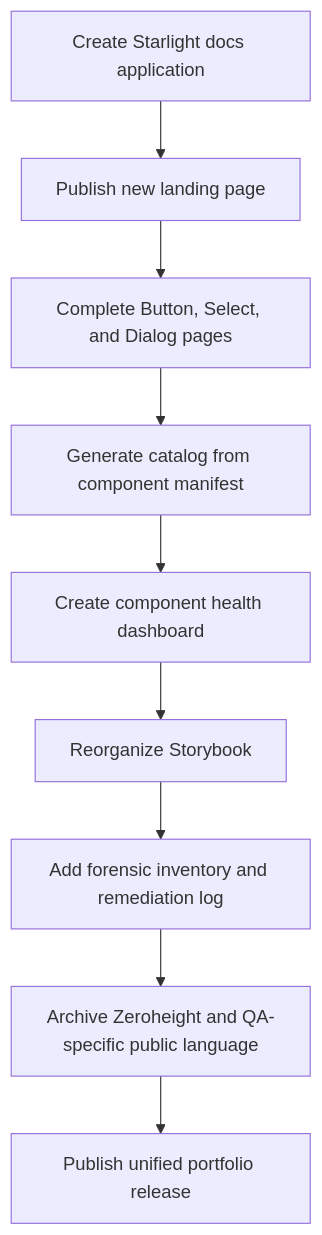
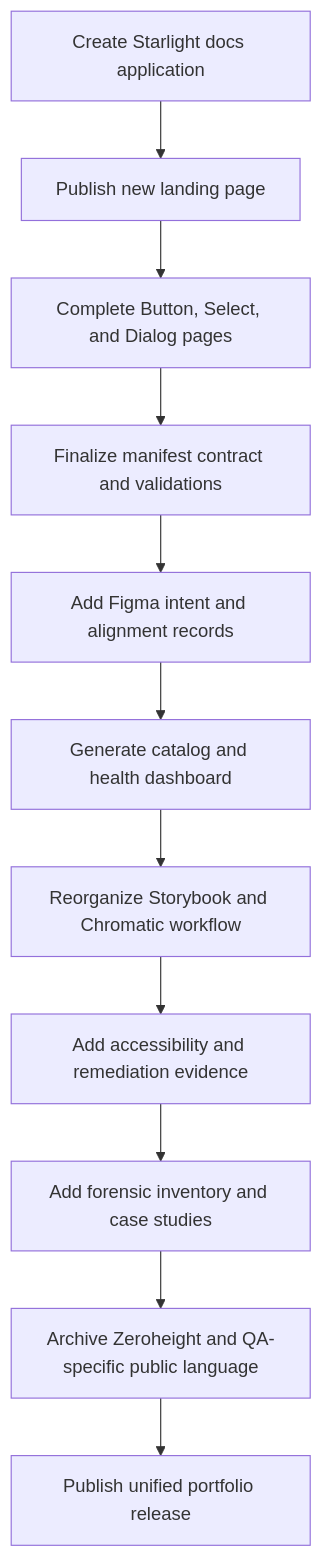
Before and after one commit to JeffreySanford/public-sector-federation: the second of 2 diagrams in docs/documentation-upgrade/README.md, drawn with Mermaid. The commit also changed other lines of this file, not shown here.

````diff
--- a/docs/documentation-upgrade/README.md
+++ b/docs/documentation-upgrade/README.md
@@ -51,11 +69,13 @@
 ```mermaid
 flowchart TD
   A[Create Starlight docs application] --> B[Publish new landing page]
   B --> C[Complete Button, Select, and Dialog pages]
-  C --> D[Generate catalog from component manifest]
-  D --> E[Create component health dashboard]
-  E --> F[Reorganize Storybook]
-  F --> G[Add forensic inventory and remediation log]
-  G --> H[Archive Zeroheight and QA-specific public language]
-  H --> I[Publish unified portfolio release]
+  C --> D[Finalize manifest contract and validations]
+  D --> E[Add Figma intent and alignment records]
+  E --> F[Generate catalog and health dashboard]
+  F --> G[Reorganize Storybook and Chromatic workflow]
+  G --> H[Add accessibility and remediation evidence]
+  H --> I[Add forensic inventory and case studies]
+  I --> J[Archive Zeroheight and QA-specific public language]
+  J --> K[Publish unified portfolio release]
 ```
````
